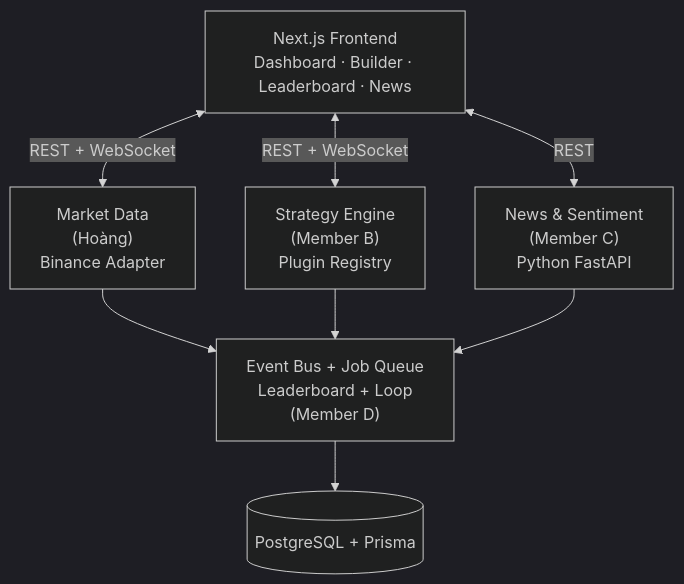
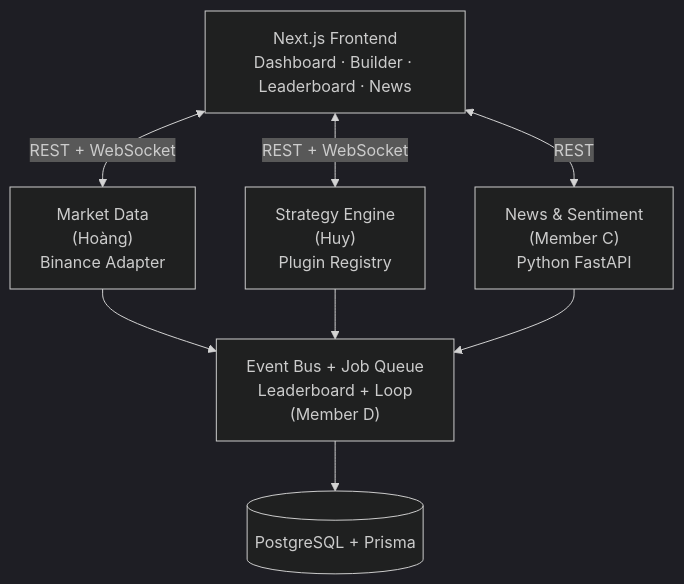
The diagram in kb/ARCHITECTURE.md (Hoang105205/Crypto-Strategy-Lab), drawn with Mermaid (dark theme) before and after one commit. The commit also changed other lines of this file and 11 other files, not shown here.

Commit message:
docs: initialize project knowledge base with architecture, modules, contracts, and ADRs of Strategy Engine

````diff
--- a/kb/ARCHITECTURE.md
+++ b/kb/ARCHITECTURE.md
@@ -13,16 +13,16 @@
 ```mermaid
 graph TD
   FE["Next.js Frontend<br/>Dashboard · Builder · Leaderboard · News"]
   MD["Market Data<br/>(Hoàng)<br/>Binance Adapter"]
-  SE["Strategy Engine<br/>(Member B)<br/>Plugin Registry"]
+  SE["Strategy Engine<br/>(Huy)<br/>Plugin Registry"]
   NW["News & Sentiment<br/>(Member C)<br/>Python FastAPI"]
   INF["Event Bus + Job Queue<br/>Leaderboard + Loop<br/>(Member D)"]
   DB[("PostgreSQL + Prisma")]
   FE <-->|REST + WebSocket| MD
   FE <-->|REST + WebSocket| SE
   FE <-->|REST| NW
   MD --> INF
   SE --> INF
   NW --> INF
   INF --> DB
 ```
````
